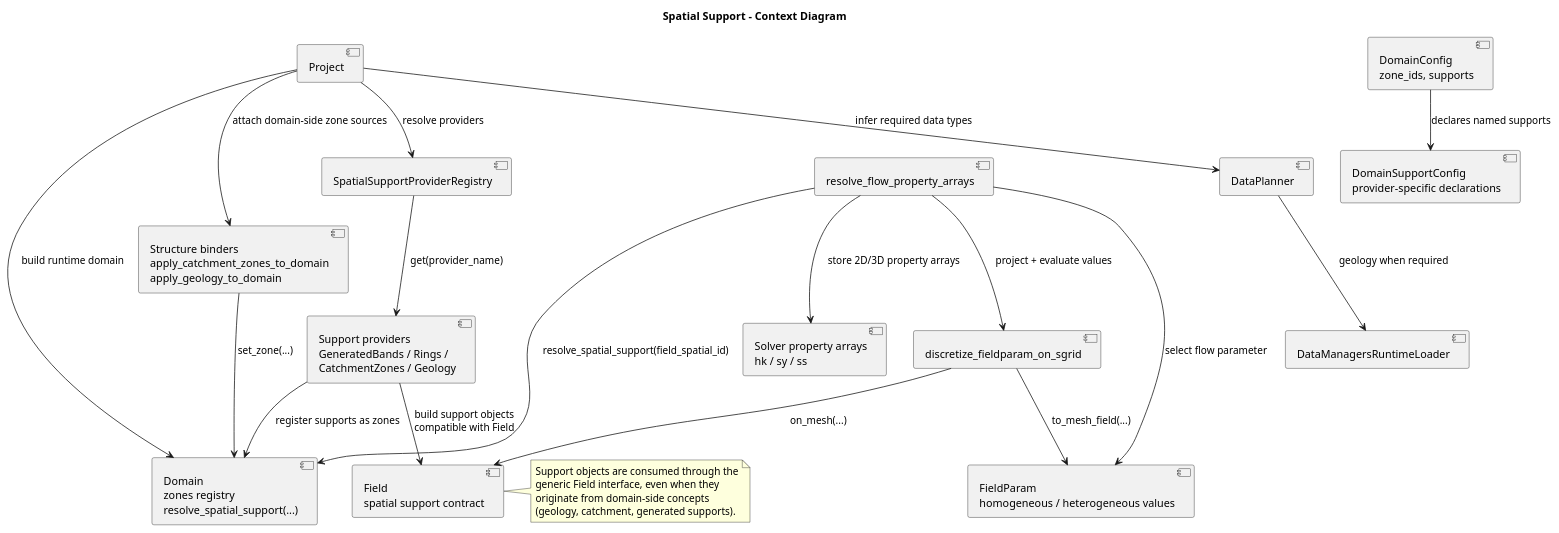
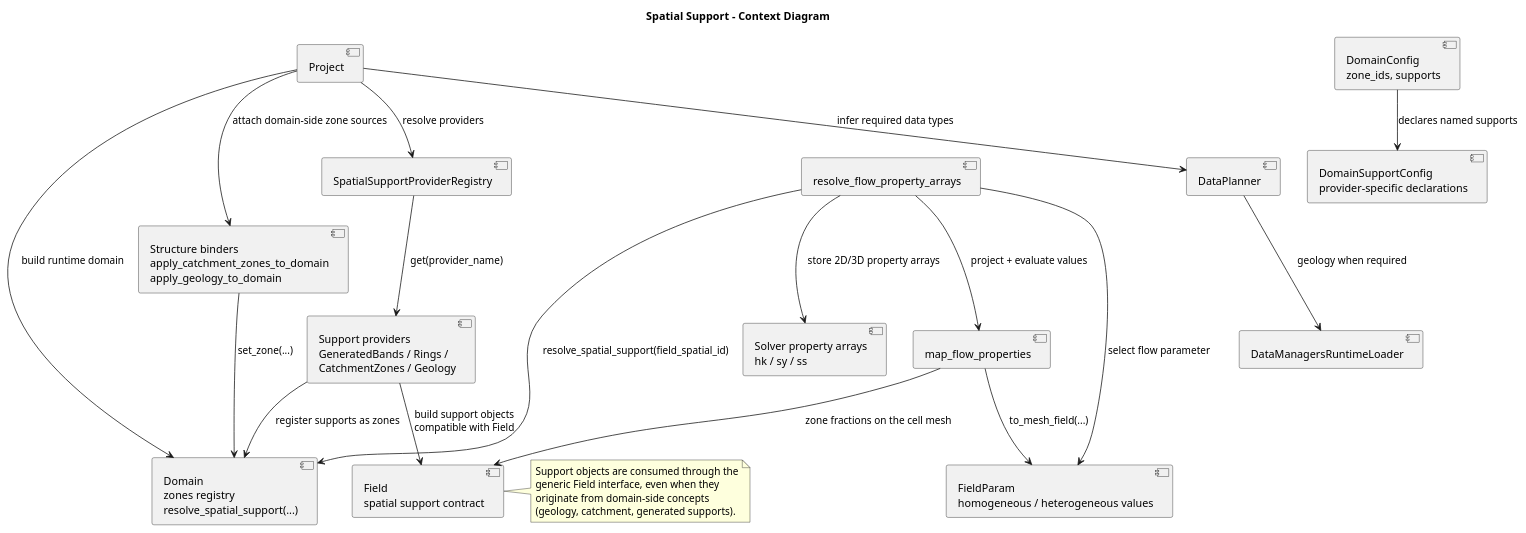
The diagram in docs/source/contribute/architecture/spatial_support/diagrams/spatial_support_context.wsd (HydroModPy/HydroModPy), drawn with PlantUML before and after one commit. The commit also changed 367 other files, not shown here.

```diff
--- a/docs/source/contribute/architecture/spatial_support/diagrams/spatial_support_context.wsd
+++ b/docs/source/contribute/architecture/spatial_support/diagrams/spatial_support_context.wsd
@@ -1,43 +1,43 @@
 @startuml
 title Spatial Support - Context Diagram
 
 component "DomainConfig\nzone_ids, supports" as DomainConfig
 component "DomainSupportConfig\nprovider-specific declarations" as SupportConfig
 component "Project" as Project
 component "DataPlanner" as Planner
 component "DataManagersRuntimeLoader" as Loader
 component "Structure binders\napply_catchment_zones_to_domain\napply_geology_to_domain" as Binders
 component "Domain\nzones registry\nresolve_spatial_support(...)" as Domain
 component "SpatialSupportProviderRegistry" as Registry
 component "Support providers\nGeneratedBands / Rings /\nCatchmentZones / Geology" as Providers
 component "Field\nspatial support contract" as Field
 component "FieldParam\nhomogeneous / heterogeneous values" as FieldParam
-component "discretize_fieldparam_on_sgrid" as Discretizer
+component "map_flow_properties" as Mapper
 component "resolve_flow_property_arrays" as PropertyMapping
 component "Solver property arrays\nhk / sy / ss" as SolverArrays
 
 DomainConfig --> SupportConfig : declares named supports
 Project --> Planner : infer required data types
 Planner --> Loader : geology when required
 Project --> Domain : build runtime domain
 Project --> Binders : attach domain-side zone sources
 Binders --> Domain : set_zone(...)
 Project --> Registry : resolve providers
 Registry --> Providers : get(provider_name)
 Providers --> Field : build support objects\ncompatible with Field
 Providers --> Domain : register supports as zones
 PropertyMapping --> FieldParam : select flow parameter
 PropertyMapping --> Domain : resolve_spatial_support(field_spatial_id)
-PropertyMapping --> Discretizer : project + evaluate values
-Discretizer --> Field : on_mesh(...)
-Discretizer --> FieldParam : to_mesh_field(...)
+PropertyMapping --> Mapper : project + evaluate values
+Mapper --> Field : zone fractions on the cell mesh
+Mapper --> FieldParam : to_mesh_field(...)
 PropertyMapping --> SolverArrays : store 2D/3D property arrays
 
 note right of Field
 Support objects are consumed through the
 generic Field interface, even when they
 originate from domain-side concepts
 (geology, catchment, generated supports).
 end note
 
 @enduml
```
